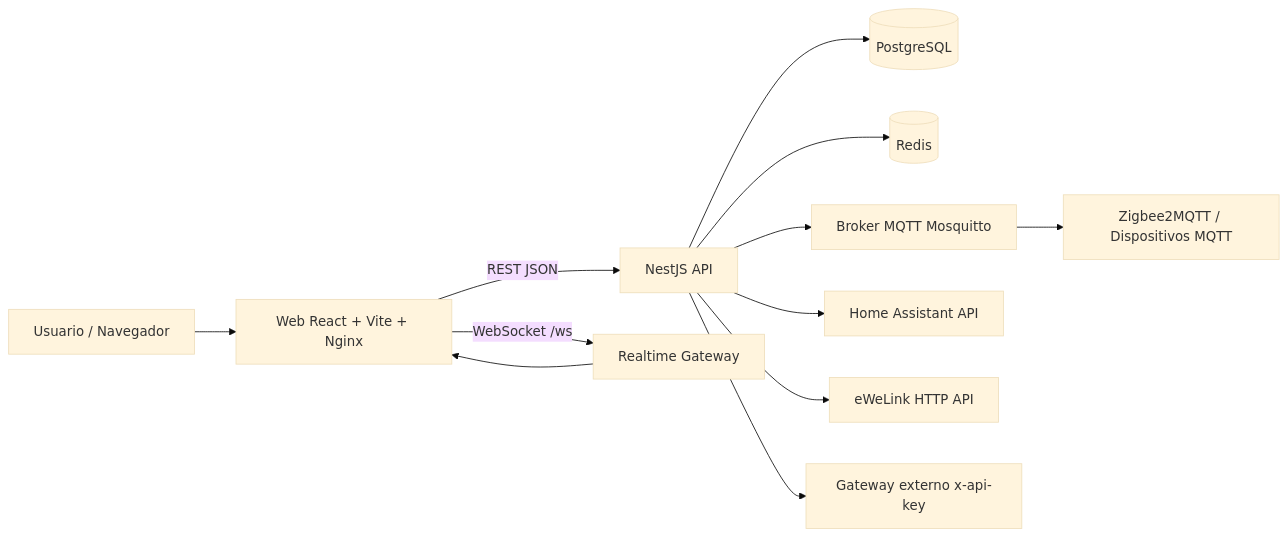
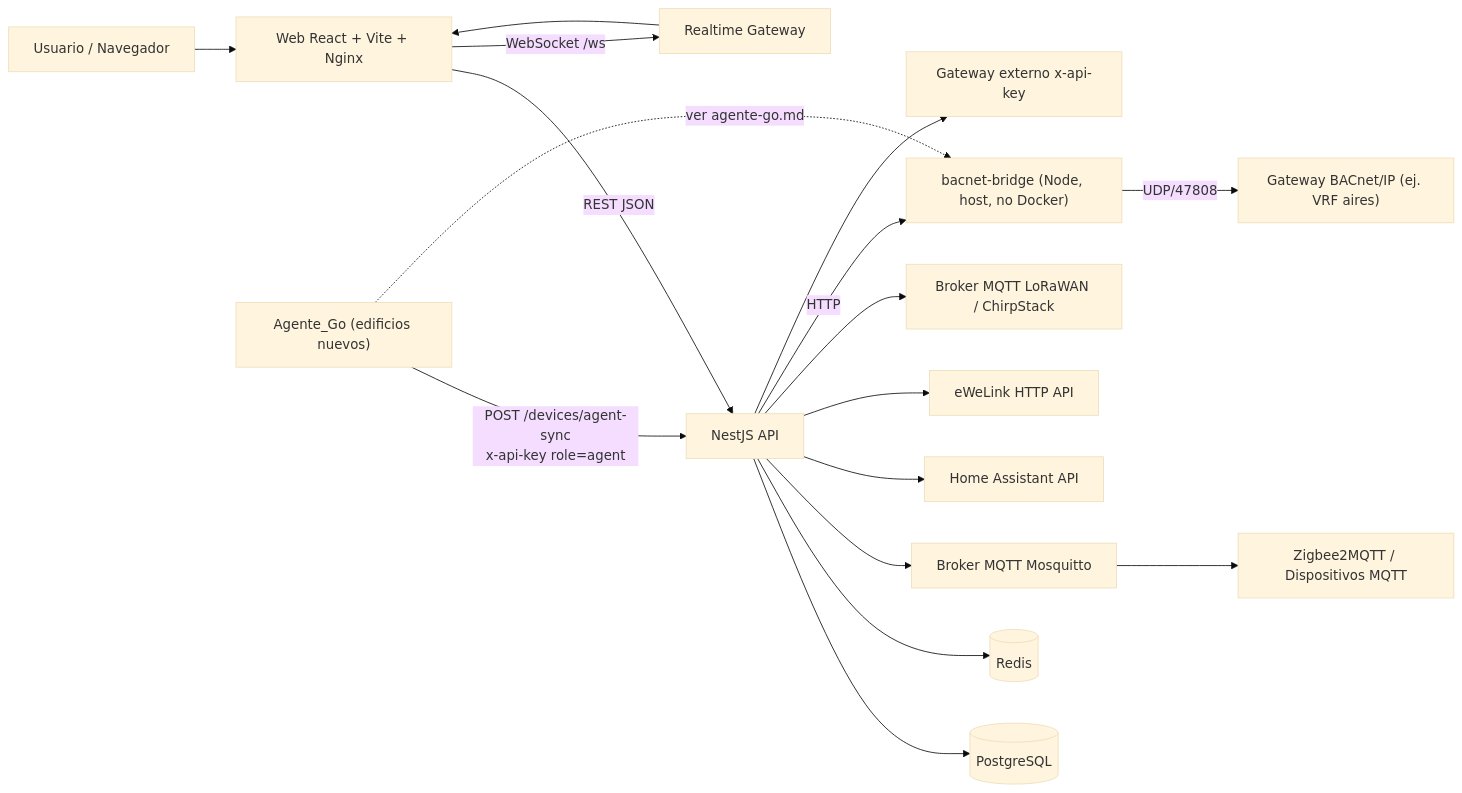
One commit to carlosh2388/controlia-nexo-smart changed the first of 4 diagrams in docs/architecture.md. Above: the diagram before and after it, drawn with Mermaid (base theme). The commit also changed other lines of this file and 38 other files, not shown here.

Commit message:
Add agent sync workflow

````diff
--- a/docs/architecture.md
+++ b/docs/architecture.md
@@ -5,14 +9,20 @@
 ```mermaid
 flowchart LR
   U[Usuario / Navegador] --> W[Web React + Vite + Nginx]
   W -->|REST JSON| A[NestJS API]
   W -->|WebSocket /ws| RT[Realtime Gateway]
   A --> P[(PostgreSQL)]
   A --> R[(Redis)]
   A --> M[Broker MQTT Mosquitto]
   A --> HA[Home Assistant API]
   A --> EW[eWeLink HTTP API]
+  A --> LW[Broker MQTT LoRaWAN / ChirpStack]
+  A -->|HTTP| BB["bacnet-bridge (Node, host, no Docker)"]
+  BB -->|UDP/47808| BAC["Gateway BACnet/IP (ej. VRF aires)"]
   A --> EXT[Gateway externo x-api-key]
   M --> Z2M[Zigbee2MQTT / Dispositivos MQTT]
   RT --> W
+
+  AG["Agente_Go (edificios nuevos)"] -->|"POST /devices/agent-sync\nx-api-key role=agent"| A
+  AG -.->|"ver agente-go.md"| BB
 ```
````
